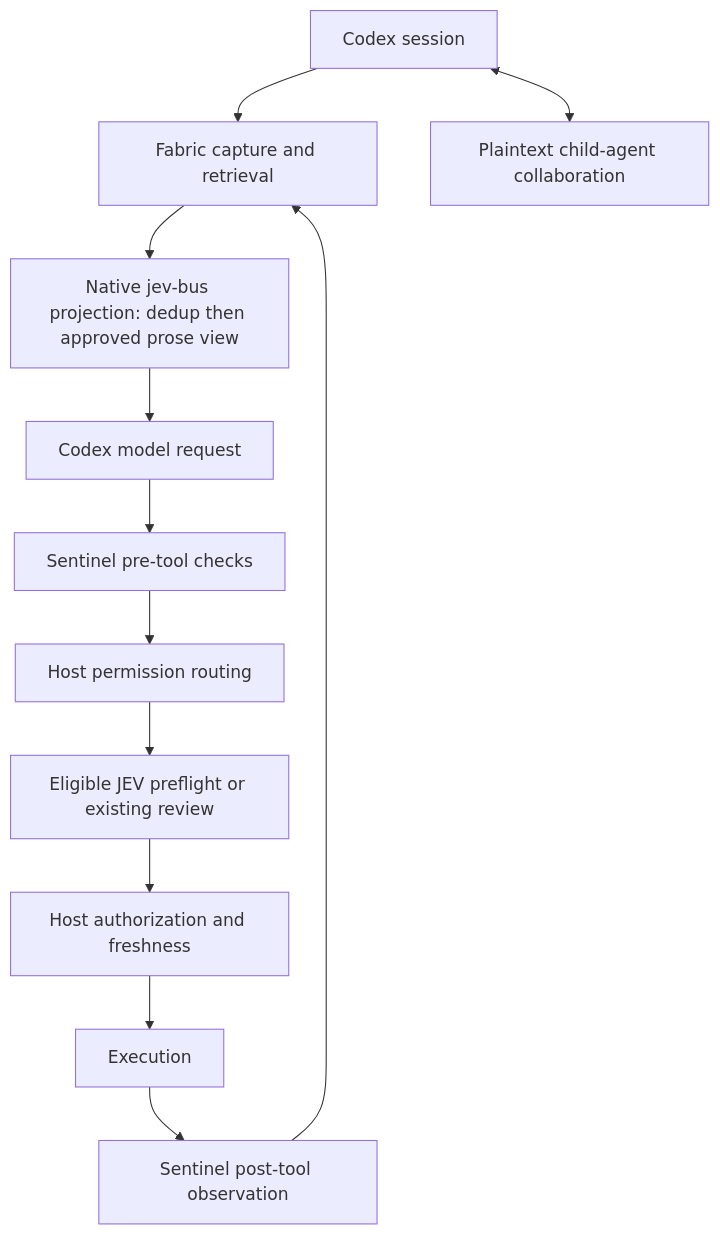
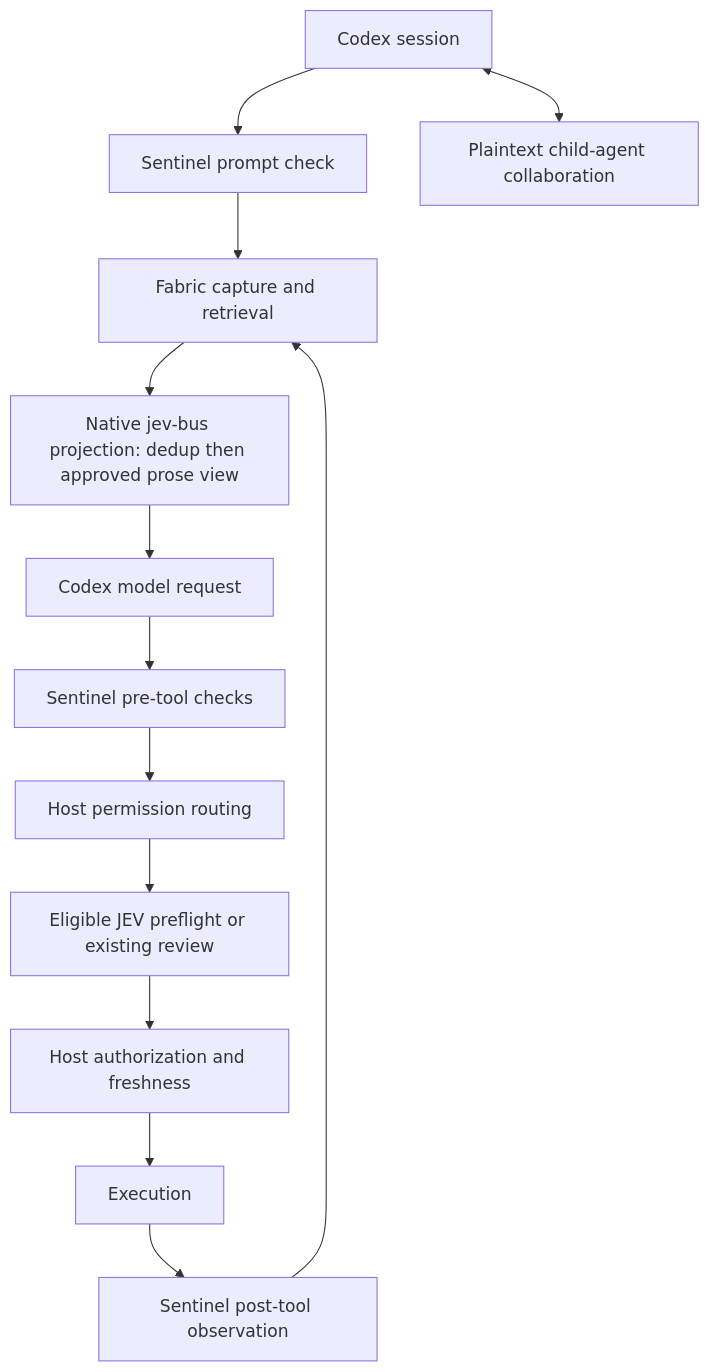
Before and after one commit to CompleteTech-LLC-AI-Research/codex-jev: the diagram in jev/ARCHITECTURE.md, drawn with Mermaid. The commit also changed other lines of this file and 9 other files, not shown here.

````diff
--- a/jev/ARCHITECTURE.md
+++ b/jev/ARCHITECTURE.md
@@ -5,14 +5,15 @@
 ```mermaid
 flowchart TD
-    C[Codex session] --> F[Fabric capture and retrieval]
+    C[Codex session] --> I[Sentinel prompt check]
+    I --> F[Fabric capture and retrieval]
     F --> P[Native jev-bus projection: dedup then approved prose view]
     P --> M[Codex model request]
     M --> S[Sentinel pre-tool checks]
     S --> H[Host permission routing]
     H --> J[Eligible JEV preflight or existing review]
     J --> V[Host authorization and freshness]
     V --> E[Execution]
     E --> O[Sentinel post-tool observation]
     O --> F
     C <--> A[Plaintext child-agent collaboration]
 ```
````
